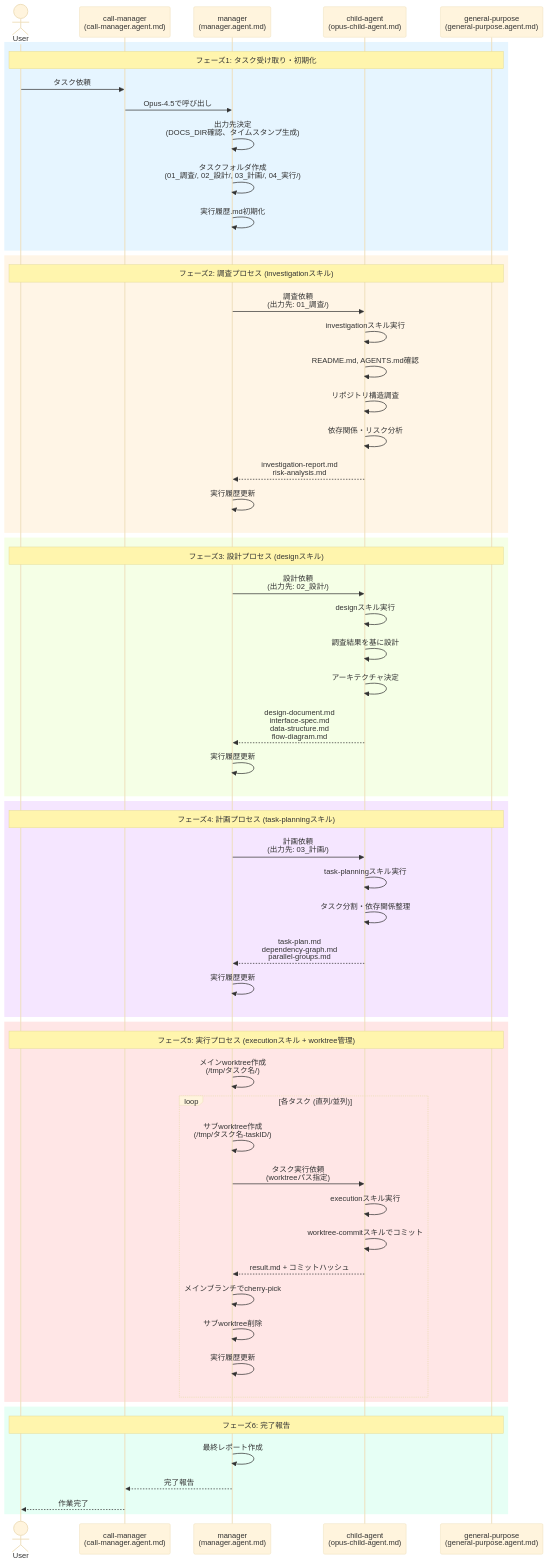
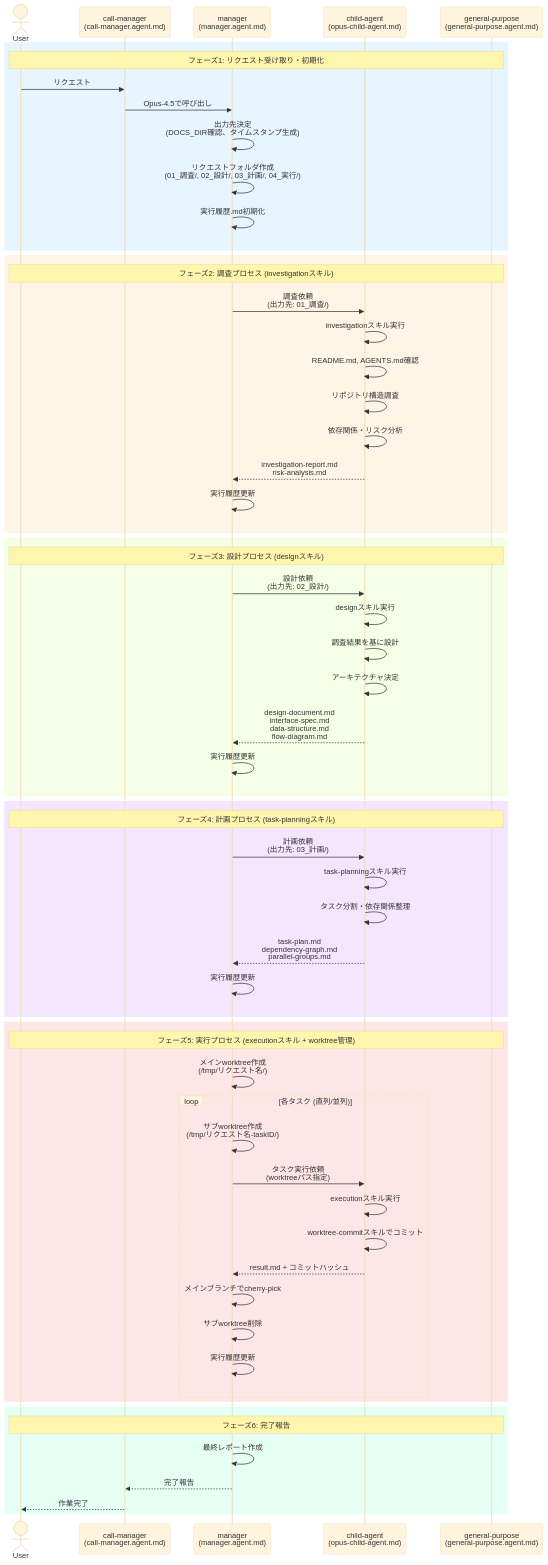
Before and after one commit to NagasakaH/dev-process: the second of 4 diagrams in README.md, drawn with Mermaid (base theme). The commit also changed other lines of this file and 6 other files, not shown here.

````diff
--- a/README.md
+++ b/README.md
@@ -82,76 +82,76 @@
 ```mermaid
 sequenceDiagram
     actor User
     participant CM as call-manager<br/>(call-manager.agent.md)
     participant M as manager<br/>(manager.agent.md)
     participant OC as child-agent<br/>(opus-child-agent.md)
     participant GP as general-purpose<br/>(general-purpose.agent.md)
     
-    %% フェーズ1: タスク受け取り・初期化
+    %% フェーズ1: リクエスト受け取り・初期化
     rect rgb(230, 245, 255)
-        Note over User,GP: フェーズ1: タスク受け取り・初期化
-        User->>CM: タスク依頼
+        Note over User,GP: フェーズ1: リクエスト受け取り・初期化
+        User->>CM: リクエスト
         CM->>M: Opus-4.5で呼び出し
         M->>M: 出力先決定<br/>(DOCS_DIR確認、タイムスタンプ生成)
-        M->>M: タスクフォルダ作成<br/>(01_調査/, 02_設計/, 03_計画/, 04_実行/)
+        M->>M: リクエストフォルダ作成<br/>(01_調査/, 02_設計/, 03_計画/, 04_実行/)
         M->>M: 実行履歴.md初期化
     end
     
     %% フェーズ2: 調査プロセス
     rect rgb(255, 245, 230)
         Note over User,GP: フェーズ2: 調査プロセス (investigationスキル)
         M->>OC: 調査依頼<br/>(出力先: 01_調査/)
         OC->>OC: investigationスキル実行
         OC->>OC: README.md, AGENTS.md確認
         OC->>OC: リポジトリ構造調査
         OC->>OC: 依存関係・リスク分析
         OC-->>M: investigation-report.md<br/>risk-analysis.md
         M->>M: 実行履歴更新
     end
     
     %% フェーズ3: 設計プロセス
     rect rgb(245, 255, 230)
         Note over User,GP: フェーズ3: 設計プロセス (designスキル)
         M->>OC: 設計依頼<br/>(出力先: 02_設計/)
         OC->>OC: designスキル実行
         OC->>OC: 調査結果を基に設計
         OC->>OC: アーキテクチャ決定
         OC-->>M: design-document.md<br/>interface-spec.md<br/>data-structure.md<br/>flow-diagram.md
         M->>M: 実行履歴更新
     end
     
     %% フェーズ4: 計画プロセス
     rect rgb(245, 230, 255)
         Note over User,GP: フェーズ4: 計画プロセス (task-planningスキル)
         M->>OC: 計画依頼<br/>(出力先: 03_計画/)
         OC->>OC: task-planningスキル実行
         OC->>OC: タスク分割・依存関係整理
         OC-->>M: task-plan.md<br/>dependency-graph.md<br/>parallel-groups.md
         M->>M: 実行履歴更新
     end
     
     %% フェーズ5: 実行プロセス
     rect rgb(255, 230, 230)
         Note over User,GP: フェーズ5: 実行プロセス (executionスキル + worktree管理)
-        M->>M: メインworktree作成<br/>(/tmp/タスク名/)
+        M->>M: メインworktree作成<br/>(/tmp/リクエスト名/)
         
         loop 各タスク (直列/並列)
-            M->>M: サブworktree作成<br/>(/tmp/タスク名-taskID/)
+            M->>M: サブworktree作成<br/>(/tmp/リクエスト名-taskID/)
             M->>OC: タスク実行依頼<br/>(worktreeパス指定)
             OC->>OC: executionスキル実行
             OC->>OC: worktree-commitスキルでコミット
             OC-->>M: result.md + コミットハッシュ
             M->>M: メインブランチでcherry-pick
             M->>M: サブworktree削除
             M->>M: 実行履歴更新
         end
     end
     
     %% フェーズ6: 完了報告
     rect rgb(230, 255, 245)
         Note over User,GP: フェーズ6: 完了報告
         M->>M: 最終レポート作成
         M-->>CM: 完了報告
         CM-->>User: 作業完了
     end
 ```
````
